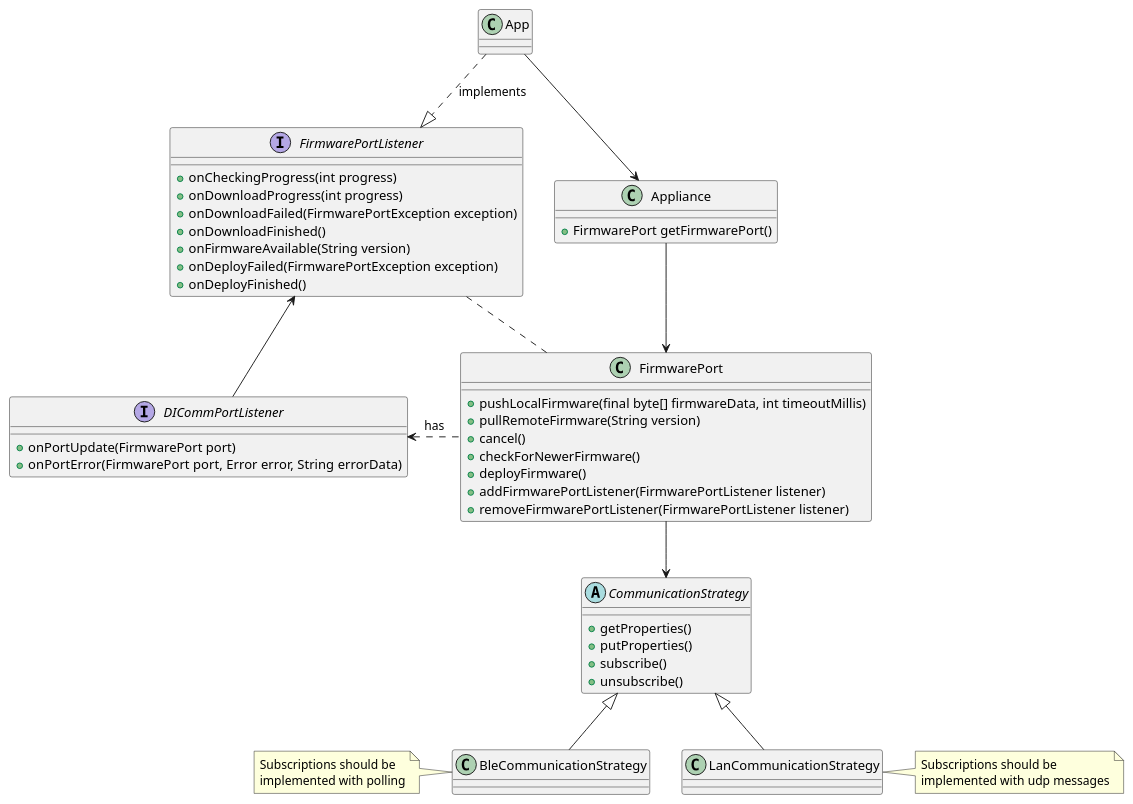
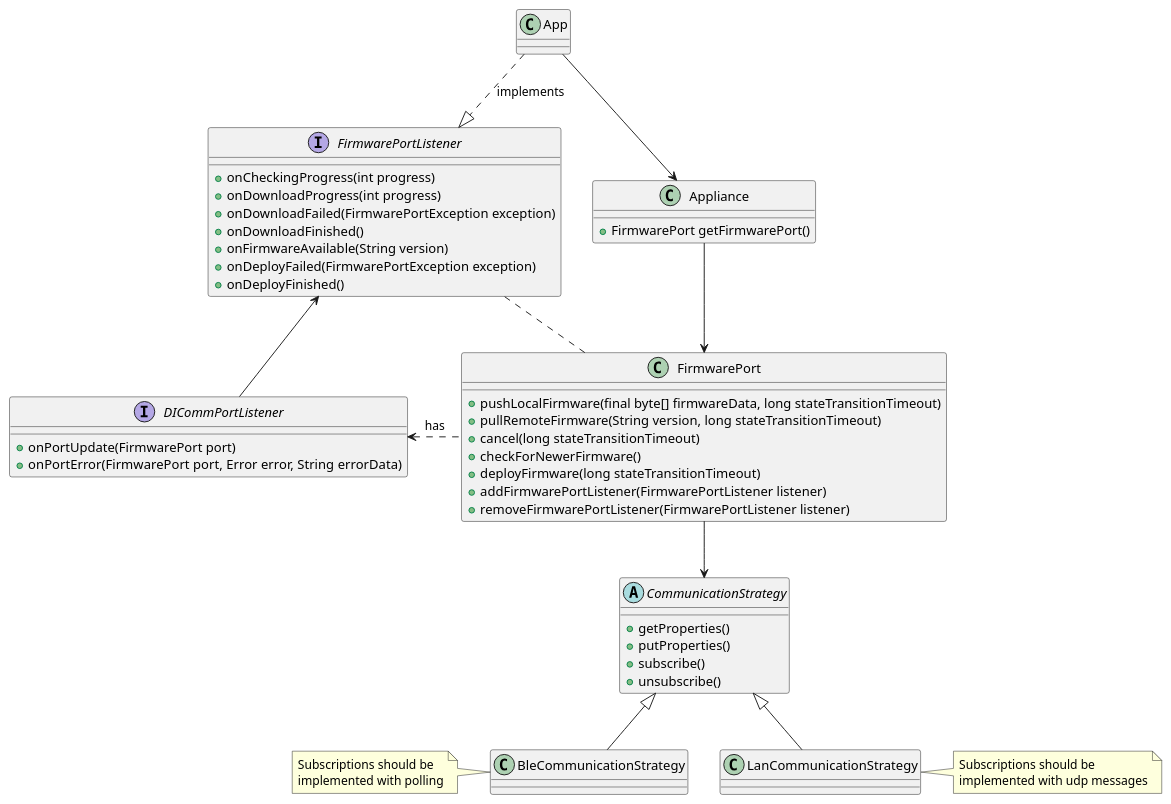
One commit to rahul2008/mobile-plf-android changed the diagram in Documents/Internal/FirewareUpgrade.puml. Above: the diagram before and after it, drawn with PlantUML. The commit also changed 1 other file, not shown here.

```diff
--- a/Documents/Internal/FirewareUpgrade.puml
+++ b/Documents/Internal/FirewareUpgrade.puml
@@ -1,62 +1,62 @@
 @startuml
 
 class App {
 }
 
 class Appliance {
     + FirmwarePort getFirmwarePort()
 }
 
 class FirmwarePort {
-    + pushLocalFirmware(final byte[] firmwareData, int timeoutMillis)
-    + pullRemoteFirmware(String version)
-    + cancel()
+    + pushLocalFirmware(final byte[] firmwareData, long stateTransitionTimeout)
+    + pullRemoteFirmware(String version, long stateTransitionTimeout)
+    + cancel(long stateTransitionTimeout)
     + checkForNewerFirmware()
-    + deployFirmware()
+    + deployFirmware(long stateTransitionTimeout)
     + addFirmwarePortListener(FirmwarePortListener listener)
     + removeFirmwarePortListener(FirmwarePortListener listener)
 }
 
 interface FirmwarePortListener {
     + onCheckingProgress(int progress)
     + onDownloadProgress(int progress)
     + onDownloadFailed(FirmwarePortException exception)
     + onDownloadFinished()
     + onFirmwareAvailable(String version)
     + onDeployFailed(FirmwarePortException exception)
     + onDeployFinished()
 }
 
 interface DICommPortListener {
     + onPortUpdate(FirmwarePort port)
     + onPortError(FirmwarePort port, Error error, String errorData)
 }
 
 abstract class CommunicationStrategy {
     + getProperties()
     + putProperties()
     + subscribe()
     + unsubscribe()
 }
 
 
 class BleCommunicationStrategy {
 }
 note left : Subscriptions should be\nimplemented with polling
 
 class LanCommunicationStrategy {
 }
 note right : Subscriptions should be\nimplemented with udp messages
 
 
 App -down-> Appliance
 App ..|> FirmwarePortListener : implements
 Appliance -down-> FirmwarePort
 FirmwarePort .. FirmwarePortListener
 FirmwarePort .left.> DICommPortListener: has
 DICommPortListener -up-> FirmwarePortListener
 CommunicationStrategy <|-- LanCommunicationStrategy
 CommunicationStrategy <|-- BleCommunicationStrategy
 FirmwarePort --> CommunicationStrategy
 
 @enduml
```
